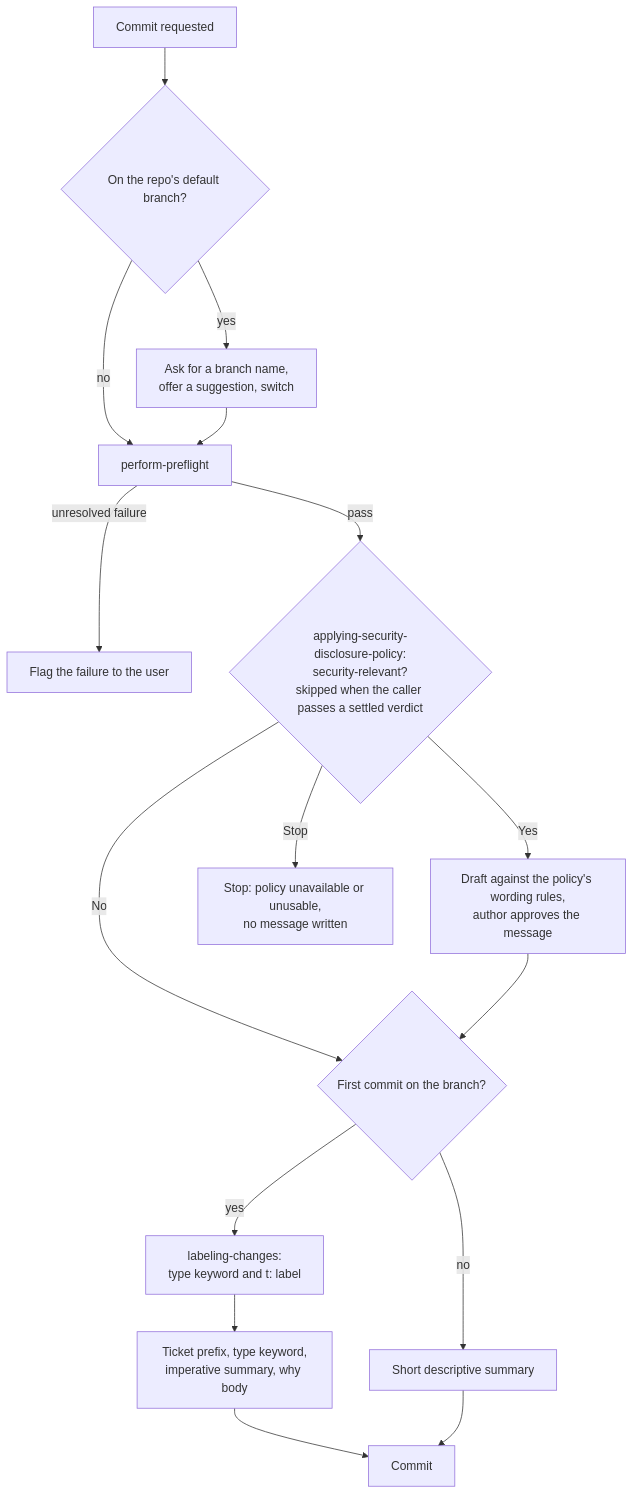
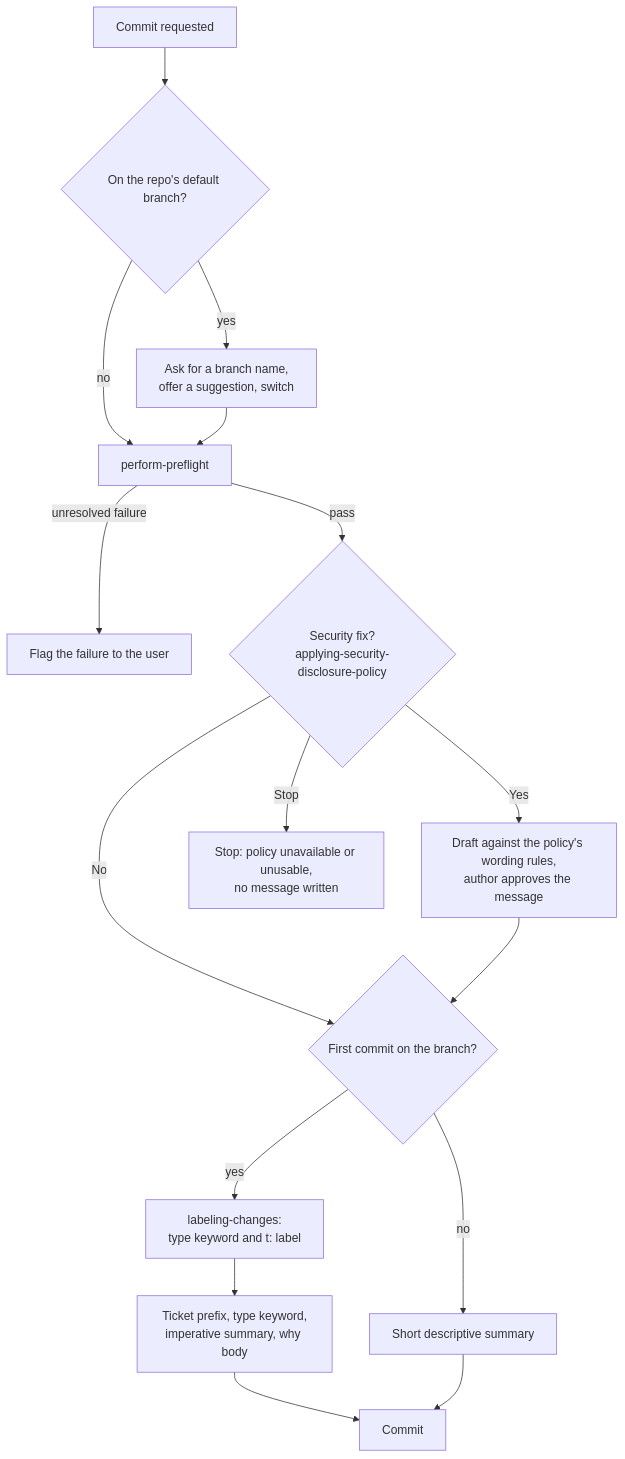
Before and after one commit to bitwarden/ai-plugins: the second of 4 diagrams in plugins/bitwarden-delivery-tools/docs/commit-and-pr-flows.md, drawn with Mermaid. The commit also changed other lines of this file and 1 other file, not shown here.

First line of the commit message:
docs(bitwarden-delivery-tools): diagram the disclosure verdict

````diff
--- a/plugins/bitwarden-delivery-tools/docs/commit-and-pr-flows.md
+++ b/plugins/bitwarden-delivery-tools/docs/commit-and-pr-flows.md
@@ -11,32 +54,32 @@
 ```mermaid
 graph TD
     start[Commit requested]
     onDefault{On the repo's default branch?}
     newBranch[Ask for a branch name,<br/>offer a suggestion, switch]
     preflight[perform-preflight]
     blocked[Flag the failure to the user]
-    disclosure{applying-security-disclosure-policy:<br/>security-relevant?<br/>skipped when the caller passes a settled verdict}
+    disclosure{Security fix?<br/>applying-security-disclosure-policy}
     rules[Draft against the policy's wording rules,<br/>author approves the message]
     policyStop[Stop: policy unavailable or unusable,<br/>no message written]
     first{First commit on the branch?}
     typeKeyword[labeling-changes:<br/>type keyword and t: label]
     full[Ticket prefix, type keyword,<br/>imperative summary, why body]
     short[Short descriptive summary]
     done[Commit]
 
     start --> onDefault
     onDefault -->|yes| newBranch
     onDefault -->|no| preflight
     newBranch --> preflight
     preflight -->|pass| disclosure
     disclosure -->|No| first
     disclosure -->|Yes| rules
     disclosure -->|Stop| policyStop
     rules --> first
     preflight -->|unresolved failure| blocked
     first -->|yes| typeKeyword
     typeKeyword --> full
     first -->|no| short
     full --> done
     short --> done
 ```
````
